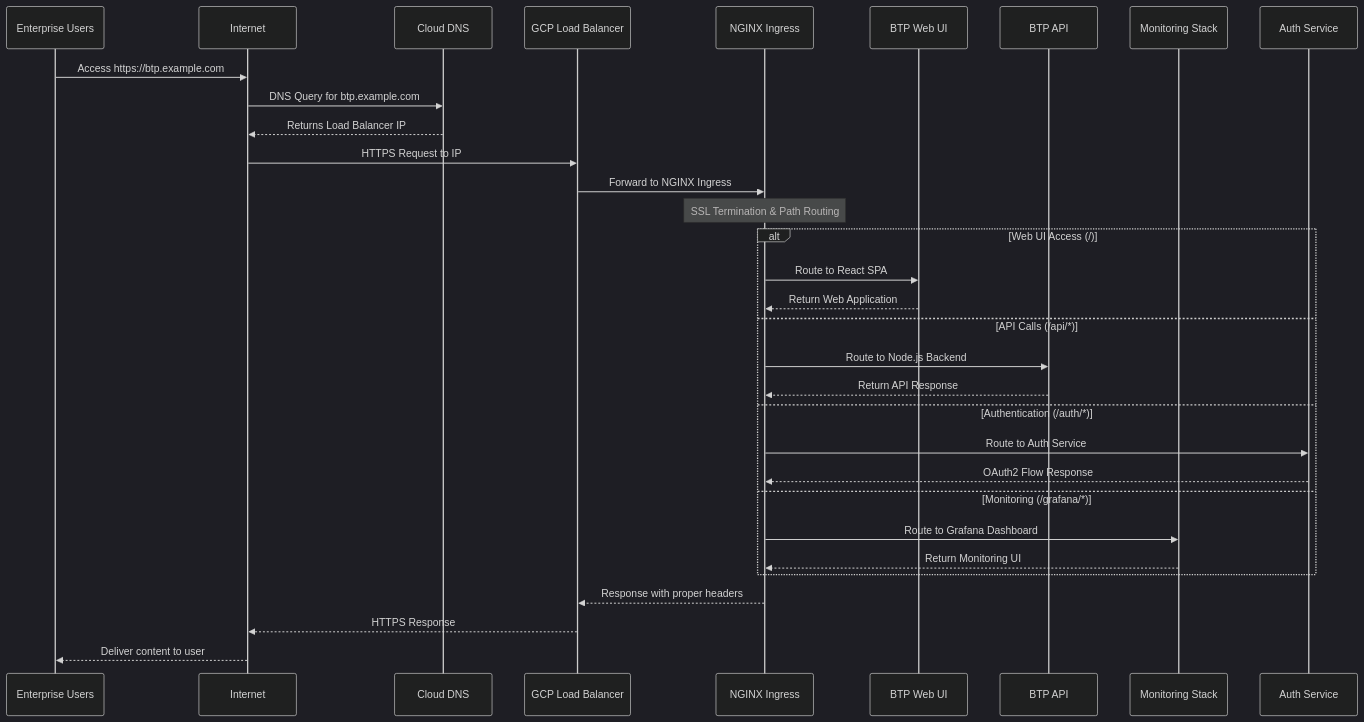
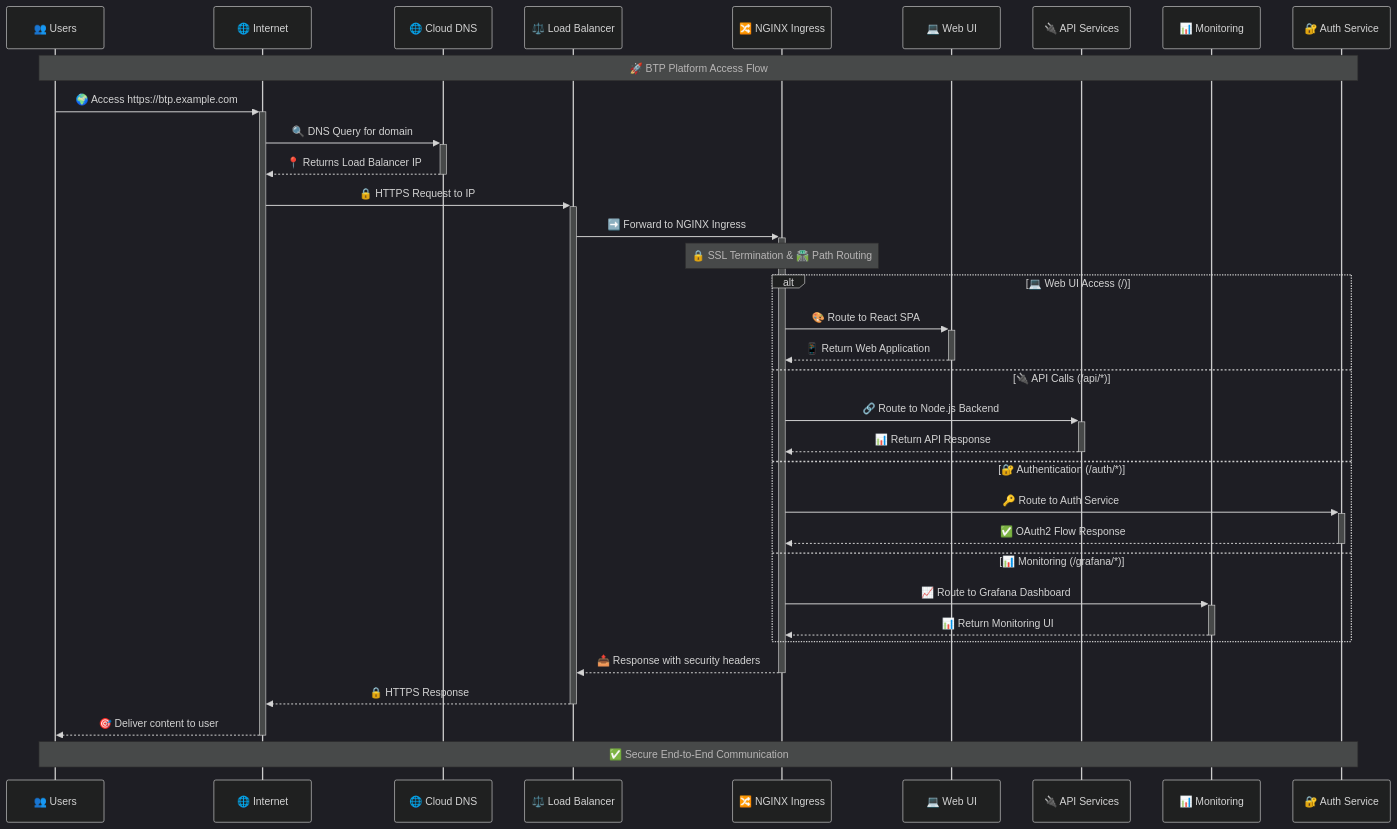
Before and after one commit to settlemint/btp-on-gcp: the second of 7 diagrams in README.md, drawn with Mermaid (dark theme). The commit also changed other lines of this file and 4 other files, not shown here.

````diff
--- a/README.md
+++ b/README.md
@@ -135,38 +153,42 @@
 ```mermaid
 sequenceDiagram
-    participant U as Enterprise Users
-    participant I as Internet
-    participant D as Cloud DNS
-    participant L as GCP Load Balancer
-    participant N as NGINX Ingress
-    participant W as BTP Web UI
-    participant A as BTP API
-    participant M as Monitoring Stack
-    participant Auth as Auth Service
+    participant U as 👥 Users
+    participant I as 🌐 Internet
+    participant D as 🌐 Cloud DNS
+    participant L as ⚖️ Load Balancer
+    participant N as 🔀 NGINX Ingress
+    participant W as 💻 Web UI
+    participant A as 🔌 API Services
+    participant M as 📊 Monitoring
+    participant Auth as 🔐 Auth Service
 
-    U->>I: Access https://btp.example.com
-    I->>D: DNS Query for btp.example.com
-    D-->>I: Returns Load Balancer IP
-    I->>L: HTTPS Request to IP
-    L->>N: Forward to NGINX Ingress
+    Note over U,Auth: 🚀 BTP Platform Access Flow
     
-    Note over N: SSL Termination & Path Routing
+    U->>+I: 🌍 Access https://btp.example.com
+    I->>+D: 🔍 DNS Query for domain
+    D-->>-I: 📍 Returns Load Balancer IP
+    I->>+L: 🔒 HTTPS Request to IP
+    L->>+N: ➡️ Forward to NGINX Ingress
     
-    alt Web UI Access (/)
-        N->>W: Route to React SPA
-        W-->>N: Return Web Application
-    else API Calls (/api/*)
-        N->>A: Route to Node.js Backend
-        A-->>N: Return API Response
-    else Authentication (/auth/*)
-        N->>Auth: Route to Auth Service
-        Auth-->>N: OAuth2 Flow Response
-    else Monitoring (/grafana/*)
-        N->>M: Route to Grafana Dashboard
-        M-->>N: Return Monitoring UI
+    Note over N: 🔒 SSL Termination & 🛣️ Path Routing
+    
+    alt 💻 Web UI Access (/)
+        N->>+W: 🎨 Route to React SPA
+        W-->>-N: 📱 Return Web Application
+    else 🔌 API Calls (/api/*)
+        N->>+A: 🔗 Route to Node.js Backend
+        A-->>-N: 📊 Return API Response
+    else 🔐 Authentication (/auth/*)
+        N->>+Auth: 🔑 Route to Auth Service
+        Auth-->>-N: ✅ OAuth2 Flow Response
+    else 📊 Monitoring (/grafana/*)
+        N->>+M: 📈 Route to Grafana Dashboard
+        M-->>-N: 📊 Return Monitoring UI
     end
     
-    N-->>L: Response with proper headers
-    L-->>I: HTTPS Response
-    I-->>U: Deliver content to user
+    N-->>-L: 📤 Response with security headers
+    L-->>-I: 🔒 HTTPS Response
+    I-->>-U: 🎯 Deliver content to user
+    
+    Note over U,Auth: ✅ Secure End-to-End Communication
 ```
````
